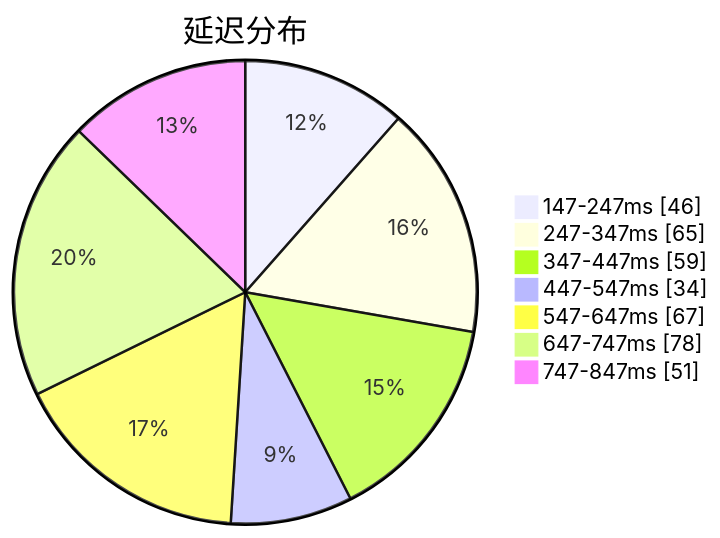
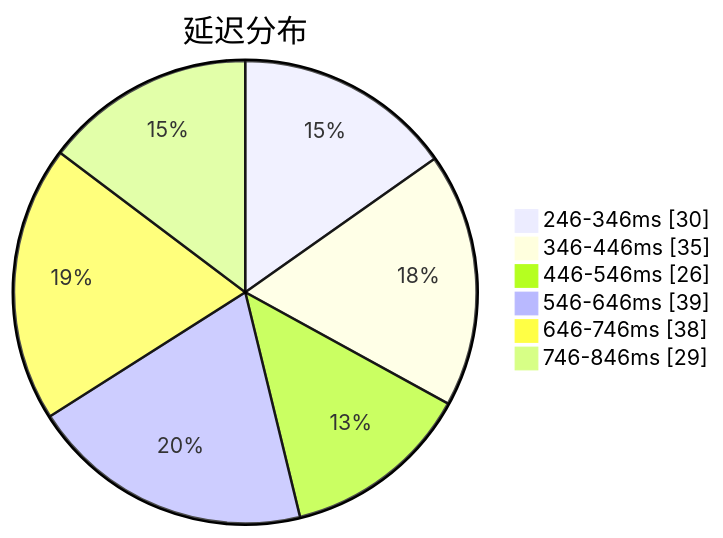
One commit to qjlxg/airport changed the first of 3 diagrams in subs/statistics/tested_within.md. Above: the diagram before and after it, drawn with Mermaid. The commit also changed other lines of this file and 2 other files, not shown here.

Commit message:
Tested by metaST

````diff
--- a/subs/statistics/tested_within.md
+++ b/subs/statistics/tested_within.md
@@ -2,11 +2,10 @@
 ```mermaid
 pie showData
 title 延迟分布
-"147-247ms" : 46
-"247-347ms" : 65
-"347-447ms" : 59
-"447-547ms" : 34
-"547-647ms" : 67
-"647-747ms" : 78
-"747-847ms" : 51
+"246-346ms" : 30
+"346-446ms" : 35
+"446-546ms" : 26
+"546-646ms" : 39
+"646-746ms" : 38
+"746-846ms" : 29
 ```
````
